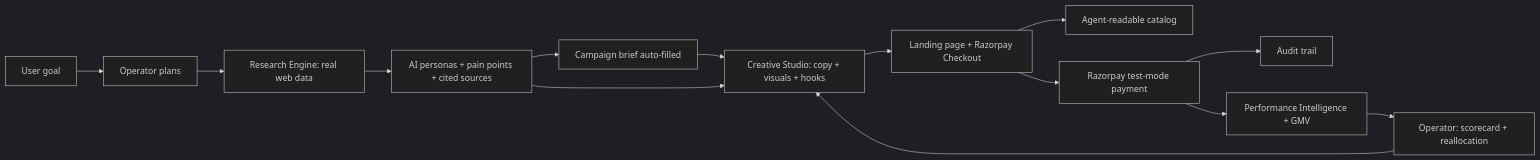
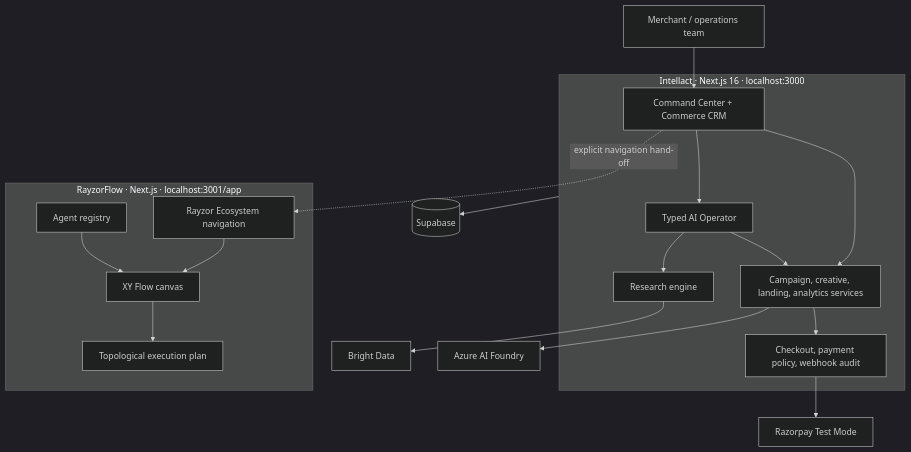
The first of 4 diagrams in Docs/architecture.md (Sureyeah-recommendedprojects/Rayzorpay-Intellact-AI-growth-and-Revenue-CRM-with-Multi-Agent-orchestrator-and-Ecosystem-), drawn with Mermaid (dark theme) before and after one commit. The commit also changed other lines of this file and 113 other files, not shown here.

````diff
--- a/Docs/architecture.md
+++ b/Docs/architecture.md
@@ -129,16 +9,34 @@
 ```mermaid
-flowchart LR
-    Goal[User goal] --> Plan[Operator plans]
-    Plan --> Research[Research Engine: real web data]
-    Research --> Personas[AI personas + pain points + cited sources]
-    Personas --> Brief[Campaign brief auto-filled]
-    Brief --> Creatives[Creative Studio: copy + visuals + hooks]
-    Personas --> Creatives
-    Creatives --> Landing[Landing page + Razorpay Checkout]
-    Landing --> Catalog[Agent-readable catalog]
-    Landing --> Payment["Razorpay test-mode payment"]
-    Payment --> Audit[Audit trail]
-    Payment --> Analytics[Performance Intelligence + GMV]
-    Analytics --> Improve[Operator: scorecard + reallocation]
-    Improve --> Creatives
+flowchart TB
+    User[Merchant / operations team]
+
+    subgraph Intellact["Intellact · Next.js 16 · localhost:3000"]
+        UI[Command Center + Commerce CRM]
+        Operator[Typed AI Operator]
+        Services[Campaign, creative, landing, analytics services]
+        Research[Research engine]
+        Commerce[Checkout, payment policy, webhook audit]
+        UI --> Operator
+        UI --> Services
+        Operator --> Research
+        Operator --> Services
+        Services --> Commerce
+    end
+
+    subgraph RayzorFlow["RayzorFlow · Next.js · localhost:3001/app"]
+        Nav[Rayzor Ecosystem navigation]
+        Canvas[XY Flow canvas]
+        Registry[Agent registry]
+        Plan[Topological execution plan]
+        Nav --> Canvas
+        Registry --> Canvas
+        Canvas --> Plan
+    end
+
+    User --> UI
+    UI -. explicit navigation hand-off .-> Nav
+    Research --> BrightData[Bright Data]
+    Services --> Azure[Azure AI Foundry]
+    Intellact --> Supabase[(Supabase)]
+    Commerce --> Razorpay[Razorpay Test Mode]
 ```
````
